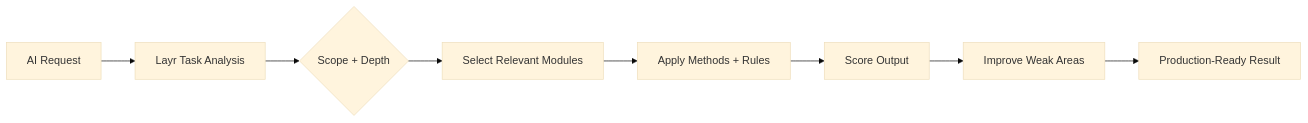
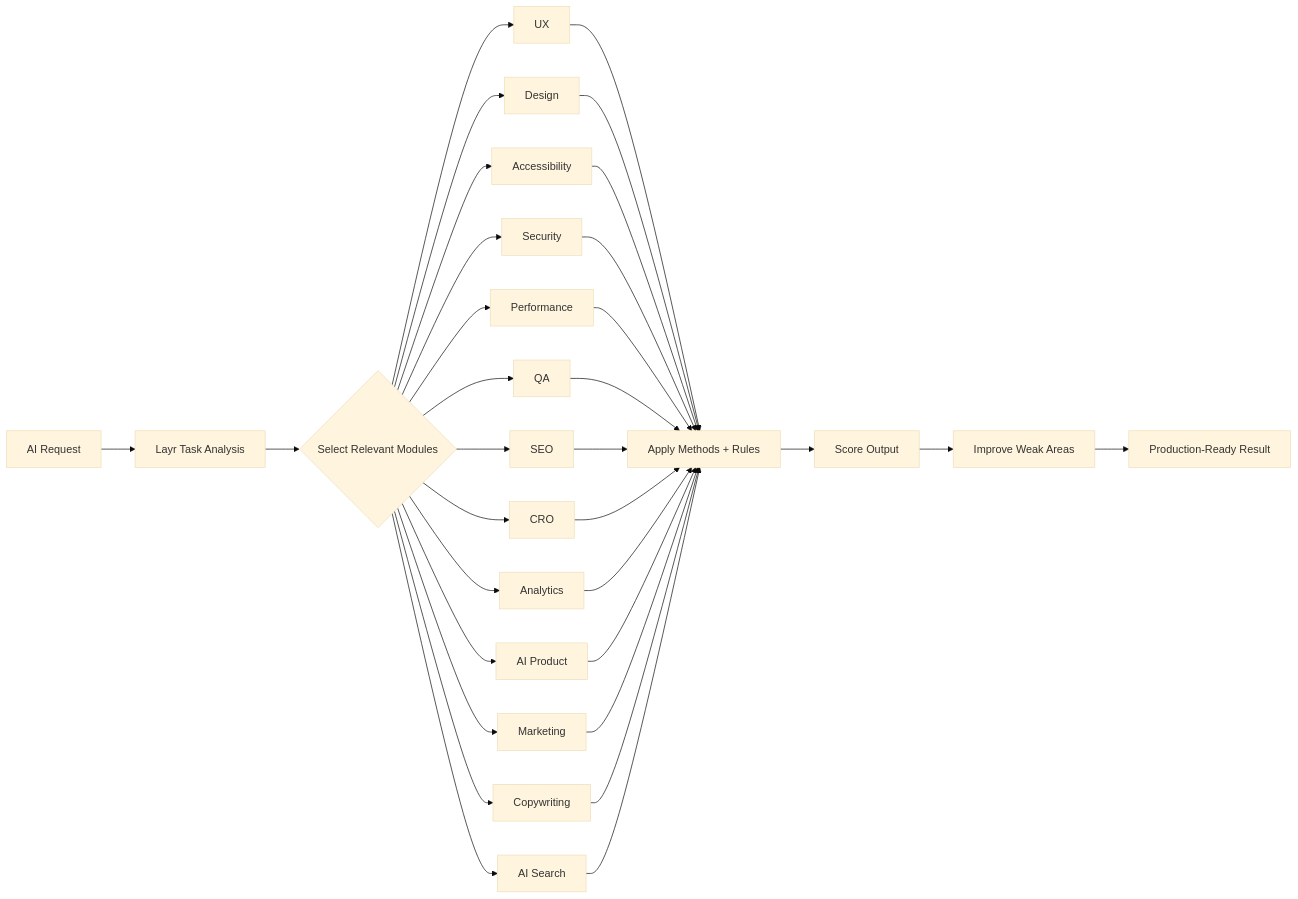
One commit to Mike-Moore100/UX-Design-System-for-AI changed the diagram in README.md. Above: the diagram before and after it, drawn with Mermaid (base theme). The commit also changed other lines of this file, not shown here.

````diff
--- a/README.md
+++ b/README.md
@@ -60,10 +100,37 @@
 ```mermaid
 flowchart LR
   A["AI Request"] --> B["Layr Task Analysis"]
-  B --> C{"Scope + Depth"}
-  C --> D["Select Relevant Modules"]
-  D --> E["Apply Methods + Rules"]
+  B --> C{"Select Relevant Modules"}
+
+  C --> D1["UX"]
+  C --> D2["Design"]
+  C --> D3["Accessibility"]
+  C --> D4["Security"]
+  C --> D5["Performance"]
+  C --> D6["QA"]
+  C --> D7["SEO"]
+  C --> D8["CRO"]
+  C --> D9["Analytics"]
+  C --> D10["AI Product"]
+  C --> D11["Marketing"]
+  C --> D12["Copywriting"]
+  C --> D13["AI Search"]
+
+  D1 --> E["Apply Methods + Rules"]
+  D2 --> E
+  D3 --> E
+  D4 --> E
+  D5 --> E
+  D6 --> E
+  D7 --> E
+  D8 --> E
+  D9 --> E
+  D10 --> E
+  D11 --> E
+  D12 --> E
+  D13 --> E
+
   E --> F["Score Output"]
   F --> G["Improve Weak Areas"]
   G --> H["Production-Ready Result"]
 ```
````
